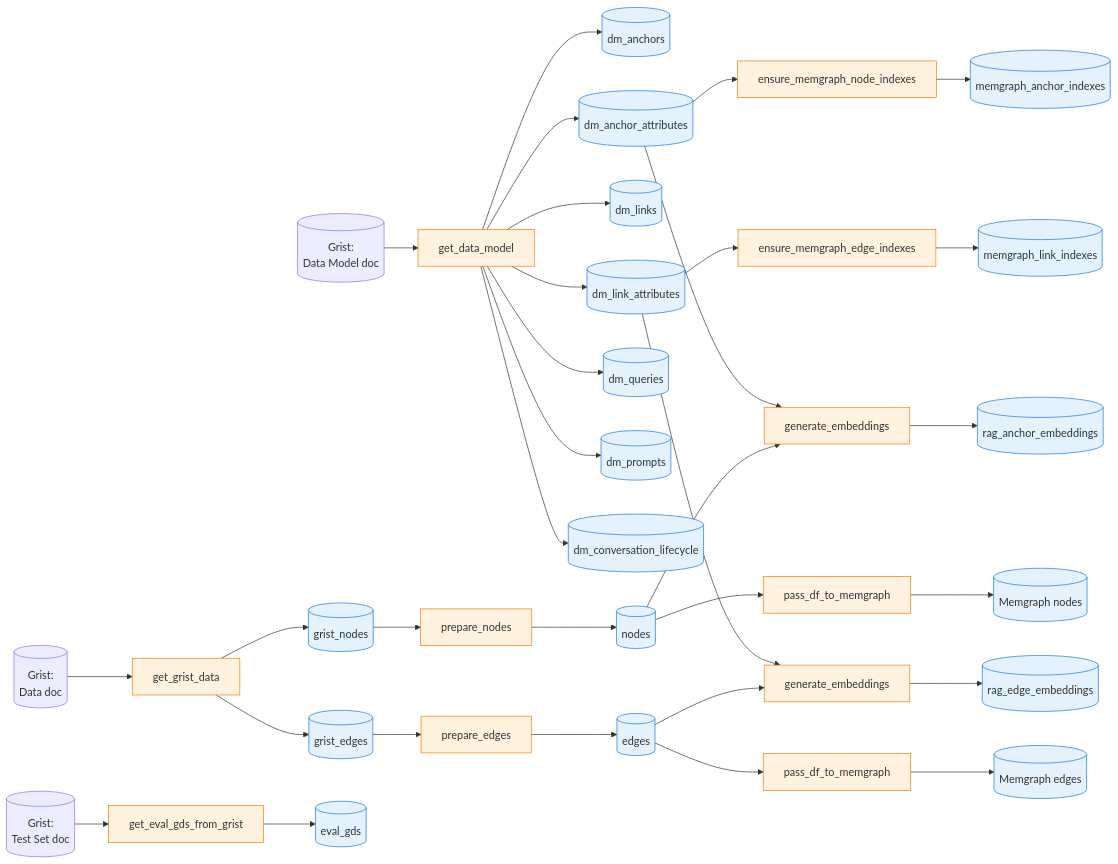
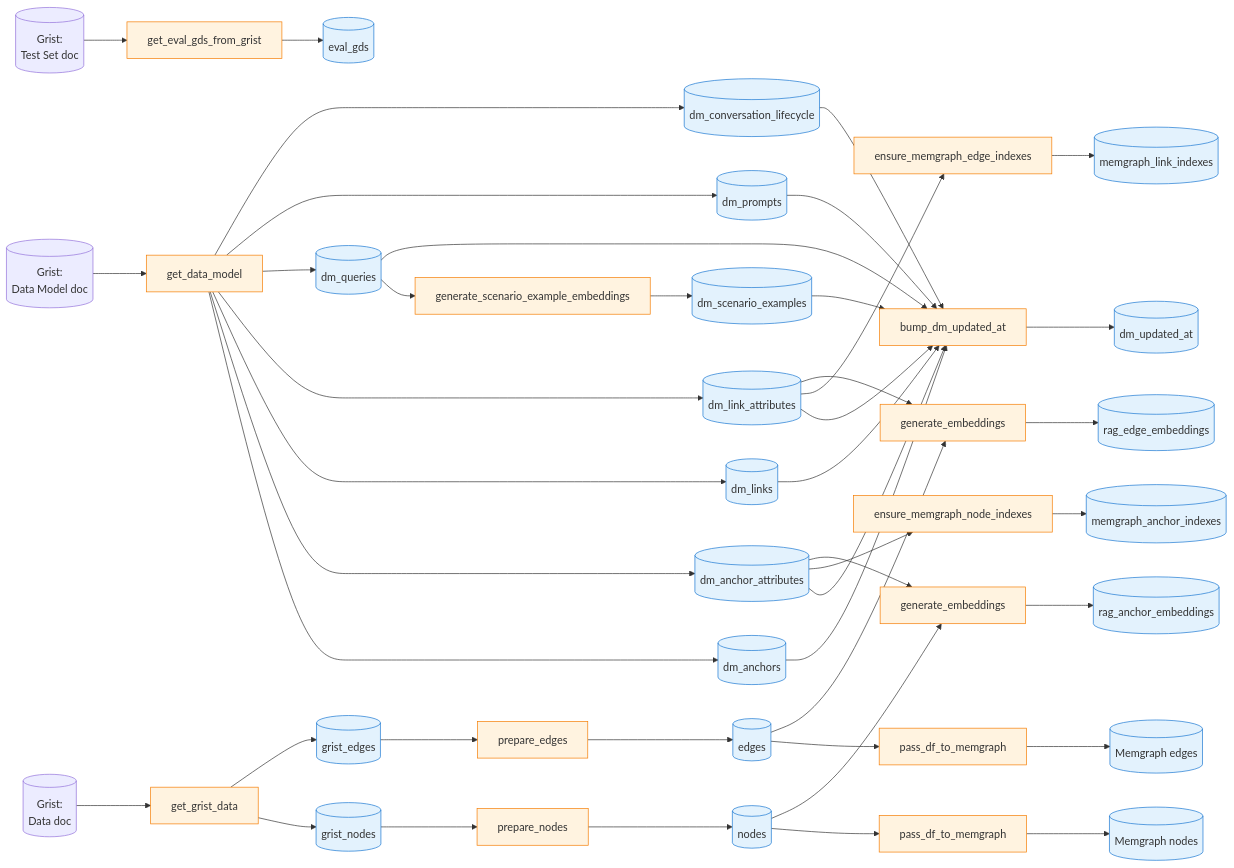
Before and after one commit to epoch8/vedana: the diagram in docs/architecture/vedana-etl.md, drawn with Mermaid. The commit also changed other lines of this file and 35 other files, not shown here.

````diff
--- a/docs/architecture/vedana-etl.md
+++ b/docs/architecture/vedana-etl.md
@@ -32,38 +32,41 @@
 ```mermaid
 flowchart LR
     G1[("Grist:<br/>Data Model doc")] --> S1[get_data_model]
     G2[("Grist:<br/>Data doc")] --> S2[get_grist_data]
     G3[("Grist:<br/>Test Set doc")] --> SE[get_eval_gds_from_grist]
 
     S1 --> T1[(dm_anchors)]
     S1 --> T2[(dm_anchor_attributes)]
     S1 --> T3[(dm_links)]
     S1 --> T4[(dm_link_attributes)]
     S1 --> T5[(dm_queries)]
     S1 --> T6[(dm_prompts)]
     S1 --> T7[(dm_conversation_lifecycle)]
+
+    T5 --> SX[generate_scenario_example_embeddings] --> T8[(dm_scenario_examples)]
+    T1 & T2 & T3 & T4 & T5 & T6 & T7 & T8 --> BU[bump_dm_updated_at] --> T9[(dm_updated_at)]
 
     S2 --> N1[(grist_nodes)]
     S2 --> E1[(grist_edges)]
 
     N1 --> P1[prepare_nodes] --> N2[(nodes)]
     E1 --> P2[prepare_edges] --> E2[(edges)]
 
     T2 --> I1[ensure_memgraph_node_indexes] --> M1[(memgraph_anchor_indexes)]
     T4 --> I2[ensure_memgraph_edge_indexes] --> M2[(memgraph_link_indexes)]
 
     N2 --> L1[pass_df_to_memgraph] --> MG1[(Memgraph nodes)]
     E2 --> L2[pass_df_to_memgraph] --> MG2[(Memgraph edges)]
 
     N2 --> EM1[generate_embeddings] --> V1[(rag_anchor_embeddings)]
     T2 --> EM1
     E2 --> EM2[generate_embeddings] --> V2[(rag_edge_embeddings)]
     T4 --> EM2
 
     SE --> EV[(eval_gds)]
 
     classDef store fill:#e3f2fd,stroke:#1976d2
     classDef step fill:#fff3e0,stroke:#f57c00
-    class T1,T2,T3,T4,T5,T6,T7,N1,E1,N2,E2,M1,M2,MG1,MG2,V1,V2,EV store
-    class S1,S2,SE,P1,P2,I1,I2,L1,L2,EM1,EM2 step
+    class T1,T2,T3,T4,T5,T6,T7,T8,T9,N1,E1,N2,E2,M1,M2,MG1,MG2,V1,V2,EV store
+    class S1,S2,SE,SX,BU,P1,P2,I1,I2,L1,L2,EM1,EM2 step
 ```
````
